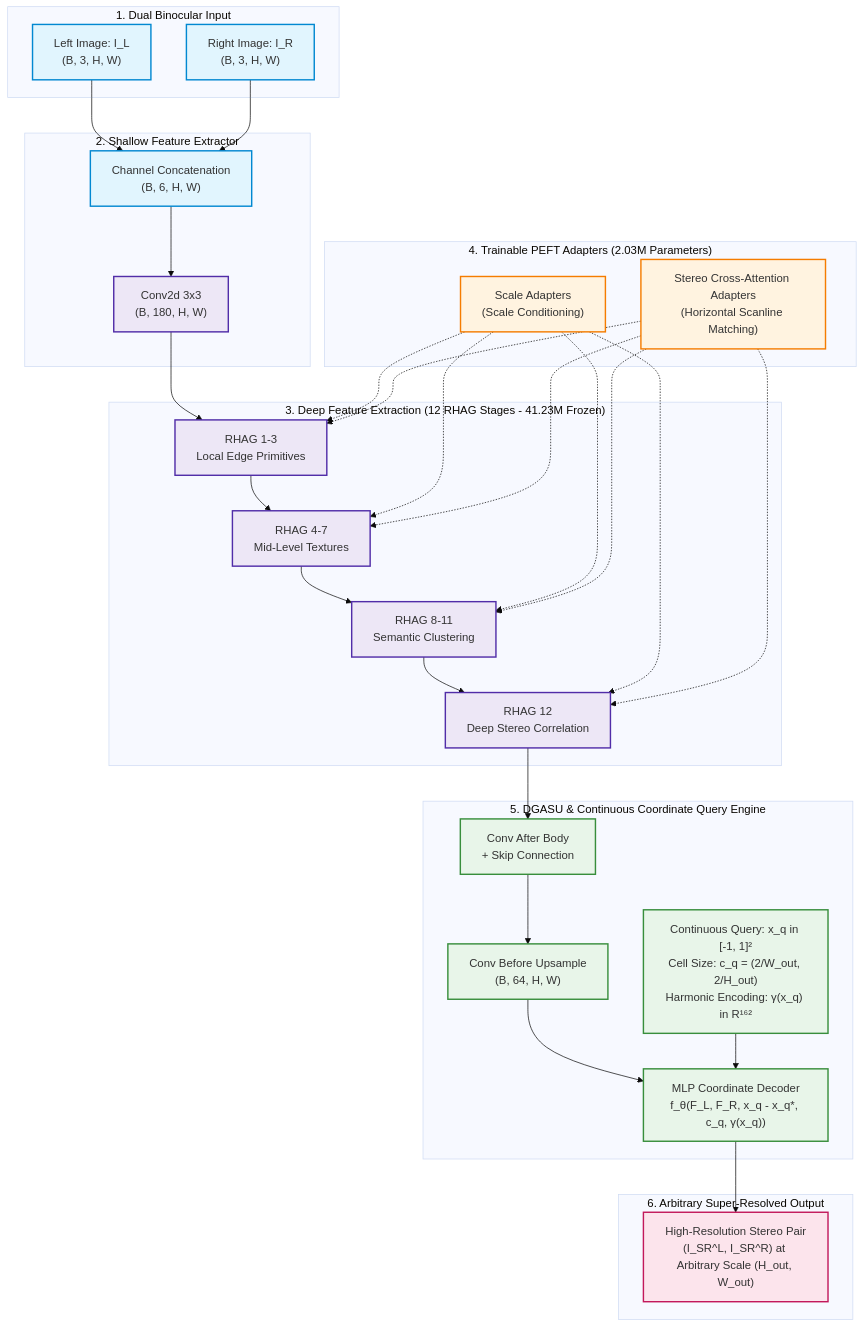
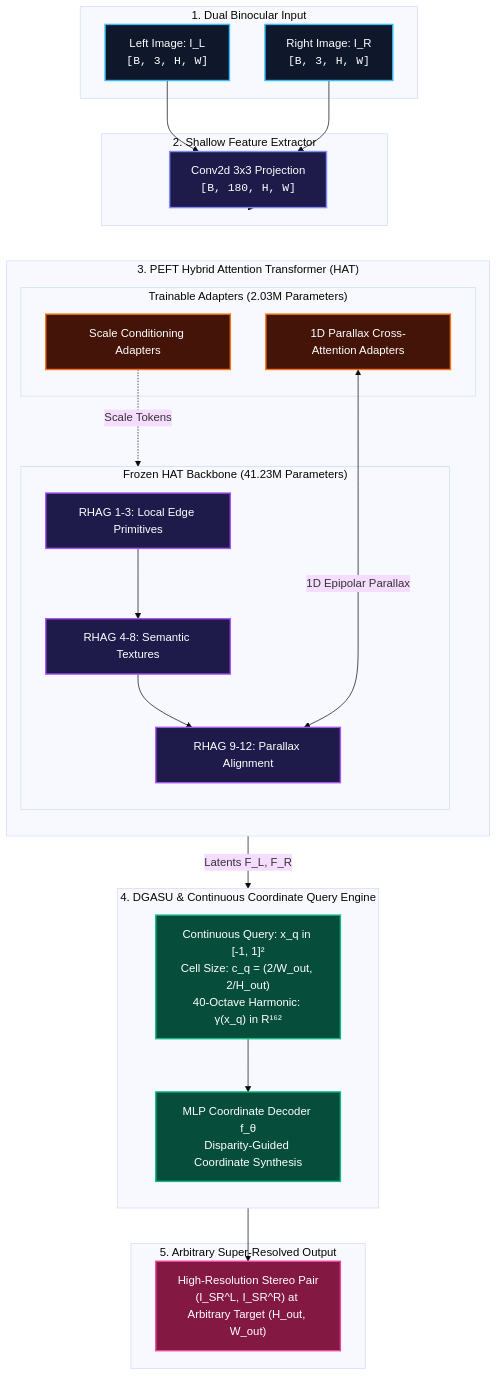
Before and after one commit to zok213/StereoINR: the first of 4 diagrams in README.md, drawn with Mermaid (base theme). The commit also changed other lines of this file and 1 other file, not shown here.

Commit message:
Fix GitHub Mermaid diagram contrast and KaTeX math formatting; align LaTeX equations

````diff
--- a/README.md
+++ b/README.md
@@ -71,55 +71,59 @@
 ```mermaid
 flowchart TD
     subgraph Inputs["1. Dual Binocular Input"]
-        IL["Left Image: I_L<br/>(B, 3, H, W)"]
-        IR["Right Image: I_R<br/>(B, 3, H, W)"]
+        IL["Left Image: I_L<br/><code>[B, 3, H, W]</code>"]
+        IR["Right Image: I_R<br/><code>[B, 3, H, W]</code>"]
     end
 
     subgraph Shallow["2. Shallow Feature Extractor"]
-        Concat["Channel Concatenation<br/>(B, 6, H, W)"]
-        ConvFirst["Conv2d 3x3<br/>(B, 180, H, W)"]
-        IL & IR --> Concat --> ConvFirst
+        ConvFirst["Conv2d 3x3 Projection<br/><code>[B, 180, H, W]</code>"]
+        IL & IR --> ConvFirst
     end
 
-    subgraph Backbone["3. Deep Feature Extraction (12 RHAG Stages - 41.23M Frozen)"]
-        RHAG1["RHAG 1-3<br/>Local Edge Primitives"]
-        RHAG4["RHAG 4-7<br/>Mid-Level Textures"]
-        RHAG8["RHAG 8-11<br/>Semantic Clustering"]
-        RHAG12["RHAG 12<br/>Deep Stereo Correlation"]
-        ConvFirst --> RHAG1 --> RHAG4 --> RHAG8 --> RHAG12
+    subgraph PEFT_Module["3. PEFT Hybrid Attention Transformer (HAT)"]
+        direction TB
+        subgraph Backbone["Frozen HAT Backbone (41.23M Parameters)"]
+            RHAG_Early["RHAG 1-3: Local Edge Primitives"]
+            RHAG_Mid["RHAG 4-8: Semantic Textures"]
+            RHAG_Deep["RHAG 9-12: Parallax Alignment"]
+            RHAG_Early --> RHAG_Mid --> RHAG_Deep
+        end
+
+        subgraph Adapters["Trainable Adapters (2.03M Parameters)"]
+            ScaleAd["Scale Conditioning Adapters"]
+            StereoAd["1D Parallax Cross-Attention Adapters"]
+        end
+
+        ScaleAd -.->|Scale Tokens| Backbone
+        StereoAd <-->|1D Epipolar Parallax| RHAG_Deep
     end
 
-    subgraph Adapters["4. Trainable PEFT Adapters (2.03M Parameters)"]
-        ScaleAd["Scale Adapters<br/>(Scale Conditioning)"]
-        StereoAd["Stereo Cross-Attention Adapters<br/>(Horizontal Scanline Matching)"]
-        ScaleAd -.-> RHAG1 & RHAG4 & RHAG8 & RHAG12
-        StereoAd -.-> RHAG1 & RHAG4 & RHAG8 & RHAG12
-    end
-
-    subgraph DGASU["5. DGASU & Continuous Coordinate Query Engine"]
-        PostConv["Conv After Body<br/>+ Skip Connection"]
-        PreUpsample["Conv Before Upsample<br/>(B, 64, H, W)"]
-        CoordInput["Continuous Query: x_q in [-1, 1]²<br/>Cell Size: c_q = (2/W_out, 2/H_out)<br/>Harmonic Encoding: γ(x_q) in R¹⁶²"]
-        INRDecoder["MLP Coordinate Decoder<br/>f_θ(F_L, F_R, x_q - x_q*, c_q, γ(x_q))"]
-        
-        RHAG12 --> PostConv --> PreUpsample --> INRDecoder
+    subgraph DGASU["4. DGASU & Continuous Coordinate Query Engine"]
+        direction TB
+        CoordInput["Continuous Query: x_q in [-1, 1]²<br/>Cell Size: c_q = (2/W_out, 2/H_out)<br/>40-Octave Harmonic: γ(x_q) in R¹⁶²"]
+        INRDecoder["MLP Coordinate Decoder f_θ<br/>Disparity-Guided Coordinate Synthesis"]
         CoordInput --> INRDecoder
     end
 
-    subgraph Output["6. Arbitrary Super-Resolved Output"]
-        ISR["High-Resolution Stereo Pair<br/>(I_SR^L, I_SR^R) at Arbitrary Scale (H_out, W_out)"]
-        INRDecoder --> ISR
+    subgraph Output["5. Arbitrary Super-Resolved Output"]
+        ISR["High-Resolution Stereo Pair<br/>(I_SR^L, I_SR^R) at Arbitrary Target (H_out, W_out)"]
     end
 
-    classDef input fill:#e1f5fe,stroke:#0288d1,stroke-width:2px;
-    classDef backbone fill:#ede7f6,stroke:#512da8,stroke-width:2px;
-    classDef adapter fill:#fff3e0,stroke:#f57c00,stroke-width:2px;
-    classDef inr fill:#e8f5e9,stroke:#388e3c,stroke-width:2px;
-    classDef out fill:#fce4ec,stroke:#c2185b,stroke-width:2px;
+    ConvFirst --> Backbone
+    Backbone -->|Latents F_L, F_R| INRDecoder
+    INRDecoder --> ISR
 
-    class IL,IR,Concat input;
-    class ConvFirst,RHAG1,RHAG4,RHAG8,RHAG12 backbone;
-    class ScaleAd,StereoAd adapter;
-    class PostConv,PreUpsample,CoordInput,INRDecoder inr;
-    class ISR out;
+    classDef inputStyle fill:#0f172a,stroke:#38bdf8,stroke-width:2px,color:#ffffff;
+    classDef convStyle fill:#1e1b4b,stroke:#818cf8,stroke-width:2px,color:#ffffff;
+    classDef backboneStyle fill:#1e1b4b,stroke:#a855f7,stroke-width:2px,color:#ffffff;
+    classDef adapterStyle fill:#431407,stroke:#f97316,stroke-width:2px,color:#ffffff;
+    classDef inrStyle fill:#064e3b,stroke:#10b981,stroke-width:2px,color:#ffffff;
+    classDef outStyle fill:#831843,stroke:#ec4899,stroke-width:2px,color:#ffffff;
+
+    class IL,IR inputStyle;
+    class ConvFirst convStyle;
+    class RHAG_Early,RHAG_Mid,RHAG_Deep backboneStyle;
+    class ScaleAd,StereoAd adapterStyle;
+    class CoordInput,INRDecoder inrStyle;
+    class ISR outStyle;
 ```
````
